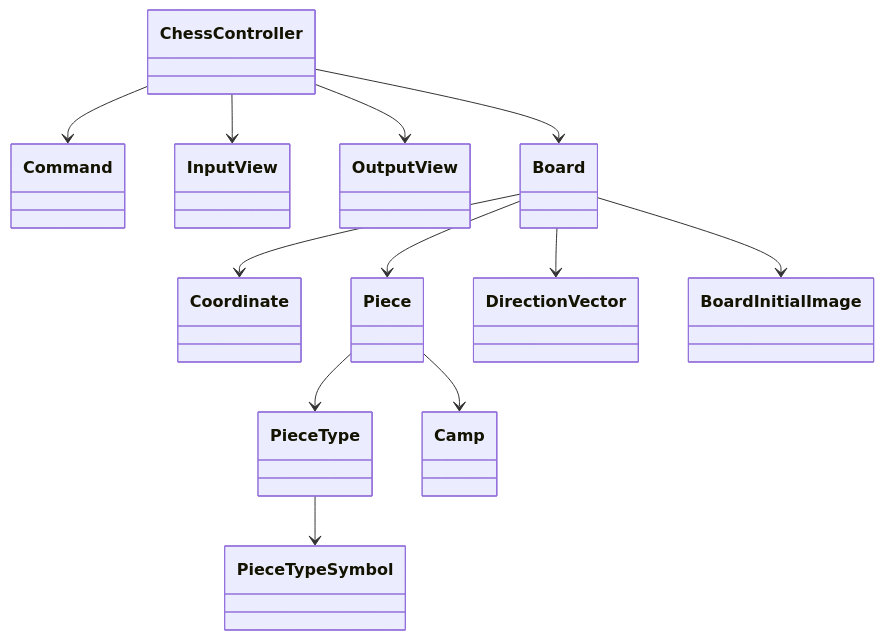
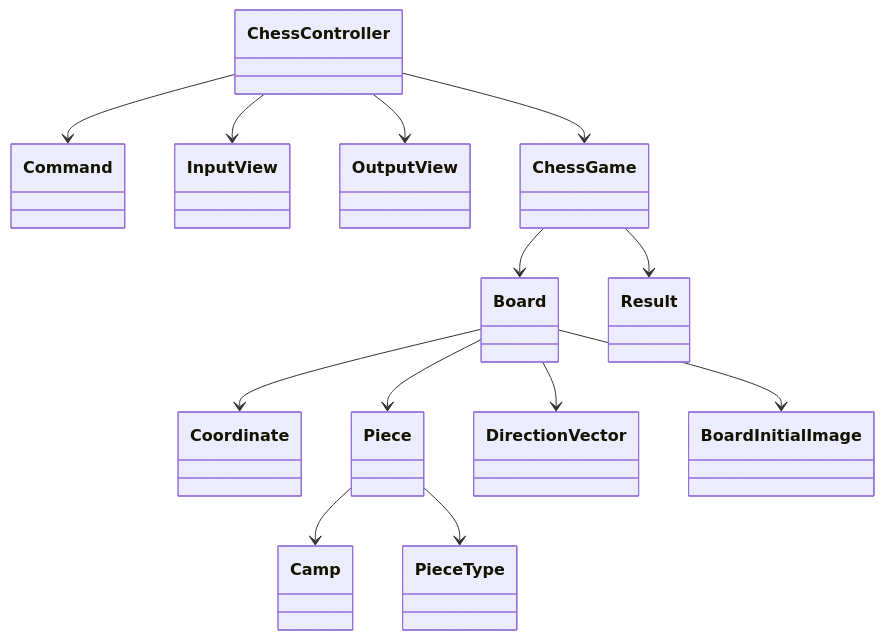
The diagram in README.md (woowacourse/java-chess), drawn with Mermaid before and after one commit. The commit also changed other lines of this file and 80 other files, not shown here.

````diff
--- a/README.md
+++ b/README.md
@@ -60,14 +90,15 @@
 ```mermaid
 classDiagram
   ChessController --> Command
   ChessController --> InputView
   ChessController --> OutputView
-  ChessController --> Board
+  ChessController --> ChessGame
+  ChessGame --> Board
+  ChessGame --> Result
   Board --> Coordinate
   Board --> Piece
   Board --> DirectionVector
   Board --> BoardInitialImage
+  Piece --> Camp
   Piece --> PieceType
-  Piece --> Camp
-  PieceType --> PieceTypeSymbol
 ```
````
